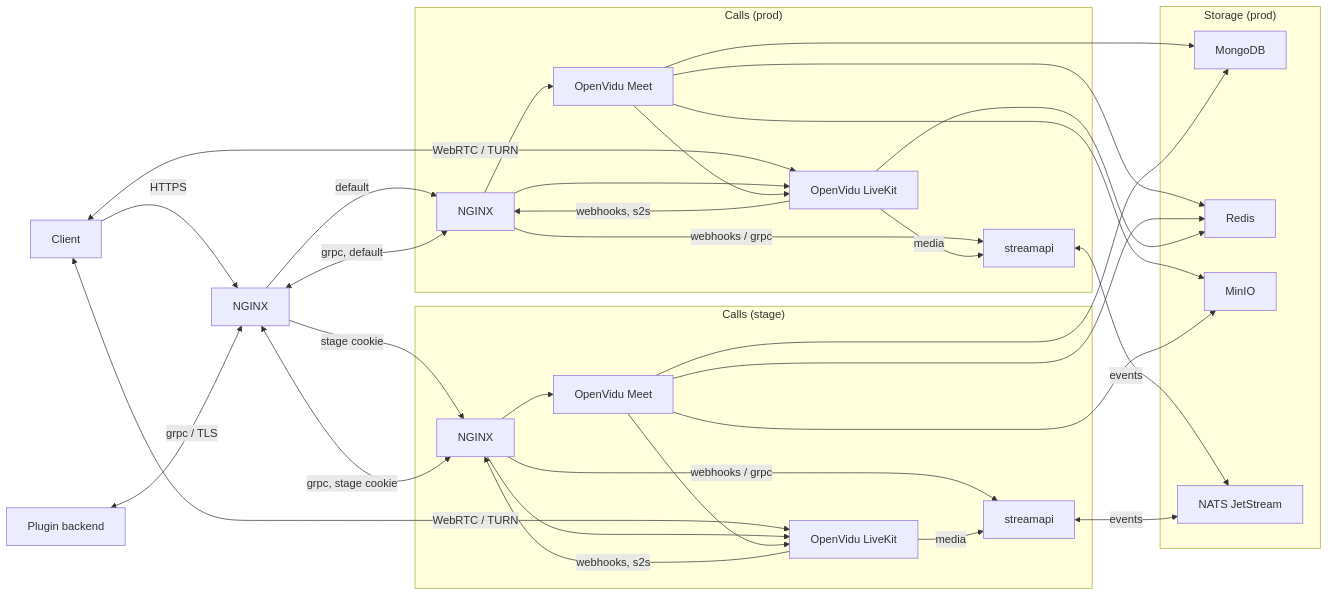
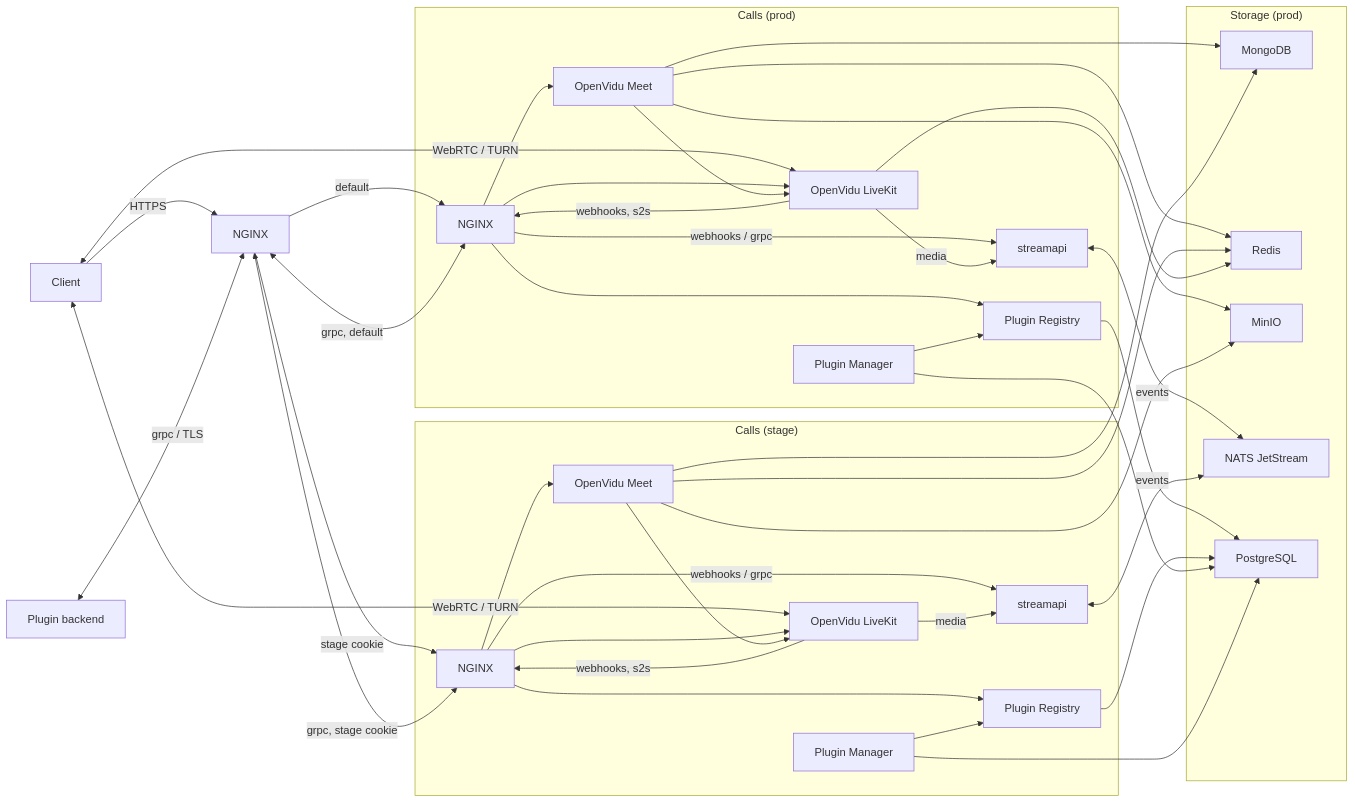
The diagram in README.md (dwspurpleteam/deployer), drawn with Mermaid before and after one commit. The commit also changed 15 other files, not shown here.

First line of the commit message:
deploy plugin manager, registry and openvidu (#6)

````diff
--- a/README.md
+++ b/README.md
@@ -12,46 +12,55 @@
 ```mermaid
 flowchart LR
   browser[Client] -->|HTTPS| ingress[NGINX]
   ingress -->|default| proxy
   ingress -->|stage cookie| stage
   browser <-->|WebRTC / TURN| openvidu
   browser <-->|WebRTC / TURN| stage_openvidu
   plugin_backend[Plugin backend] <-->|grpc / TLS| ingress
   ingress <-->|grpc, default| proxy
   ingress <-->|grpc, stage cookie| stage
 
   subgraph calls_stage["Calls (stage)"]
     stage[NGINX] --> stage_meet[OpenVidu Meet]
     stage --> stage_openvidu[OpenVidu LiveKit]
     stage_meet --> stage_openvidu
     stage_openvidu -->|webhooks, s2s| stage
     stage -->|webhooks / grpc| stage_streamapi[streamapi]
+    stage --> stage_registry[Plugin Registry]
+    stage_manager[Plugin Manager] --> stage_registry
     stage_openvidu -->|media| stage_streamapi
   end
 
   subgraph calls_prod["Calls (prod)"]
     proxy["NGINX"] --> meet[OpenVidu Meet]
     proxy --> openvidu[OpenVidu LiveKit]
     meet --> openvidu
     openvidu -->|webhooks, s2s| proxy
     proxy -->|webhooks / grpc| streamapi[streamapi]
+    proxy --> registry[Plugin Registry]
+    manager[Plugin Manager] --> registry
     openvidu -->|media| streamapi
   end
 
   subgraph storage["Storage (prod)"]
     mongodb[MongoDB]
     redis[Redis]
     minio[MinIO]
     nats["NATS JetStream"]
+    postgres[PostgreSQL]
   end
 
   meet --> mongodb
   meet --> redis
   meet --> minio
   stage_meet --> mongodb
   stage_meet --> redis
   stage_meet --> minio
   openvidu --> redis
   streamapi <-->|events| nats
   stage_streamapi <-->|events| nats
+  registry --> postgres
+  stage_registry --> postgres
+  manager --> postgres
+  stage_manager --> postgres
 ```
````
